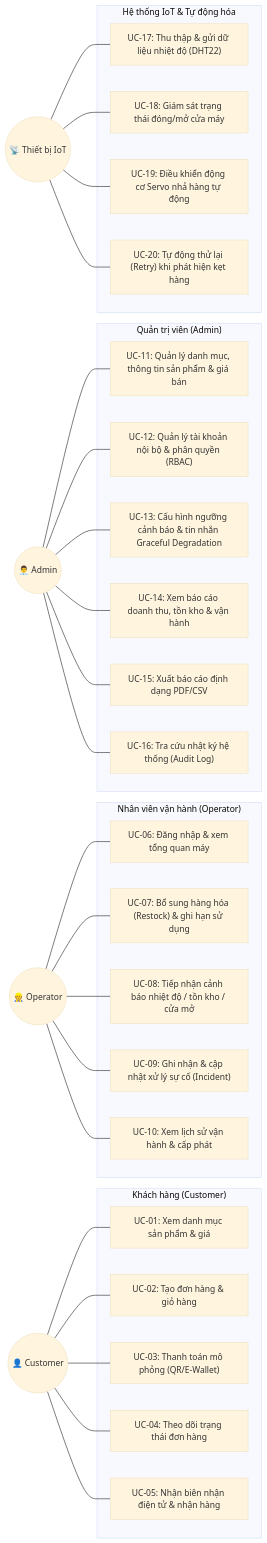
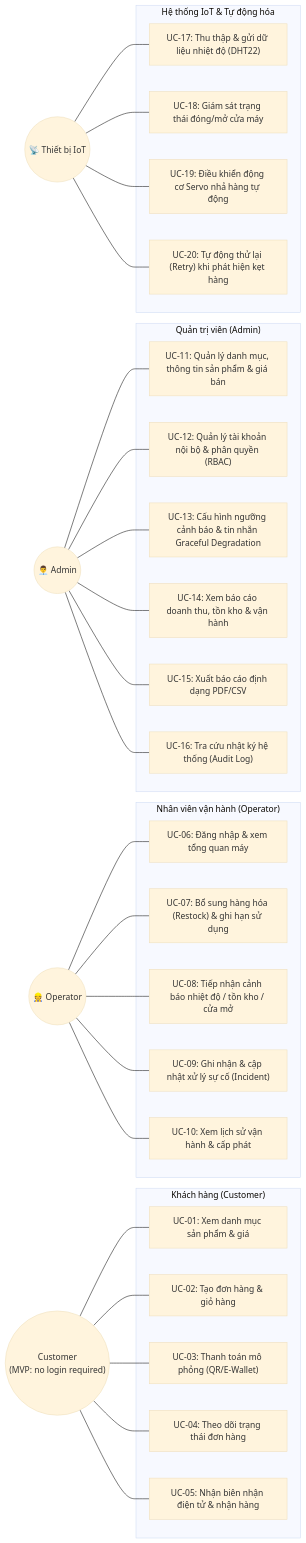
Before and after one commit to nguyenxuanhieu2903/Freshvend-test: the diagram in diagrams/diagram_01_use_case.mmd, drawn with Mermaid (base theme). The commit also changed 92 other files, not shown here.

Commit message:
chore(repo): checkpoint Freshvend diagrams and scaffold

```diff
--- a/diagrams/diagram_01_use_case.mmd
+++ b/diagrams/diagram_01_use_case.mmd
@@ -1,61 +1,61 @@
 flowchart LR
-    Customer(("👤 Customer"))
+    Customer(("Customer<br/>(MVP: no login required)"))
     Operator(("👷 Operator"))
     Admin(("👨‍💼 Admin"))
     IoT(("📡 Thiết bị IoT"))
 
     subgraph UC_Customer["Khách hàng (Customer)"]
         UC1["UC-01: Xem danh mục sản phẩm & giá"]
         UC2["UC-02: Tạo đơn hàng & giỏ hàng"]
         UC3["UC-03: Thanh toán mô phỏng (QR/E-Wallet)"]
         UC4["UC-04: Theo dõi trạng thái đơn hàng"]
         UC5["UC-05: Nhận biên nhận điện tử & nhận hàng"]
     end
 
     subgraph UC_Operator["Nhân viên vận hành (Operator)"]
         UC6["UC-06: Đăng nhập & xem tổng quan máy"]
         UC7["UC-07: Bổ sung hàng hóa (Restock) & ghi hạn sử dụng"]
         UC8["UC-08: Tiếp nhận cảnh báo nhiệt độ / tồn kho / cửa mở"]
         UC9["UC-09: Ghi nhận & cập nhật xử lý sự cố (Incident)"]
         UC10["UC-10: Xem lịch sử vận hành & cấp phát"]
     end
 
     subgraph UC_Admin["Quản trị viên (Admin)"]
         UC11["UC-11: Quản lý danh mục, thông tin sản phẩm & giá bán"]
         UC12["UC-12: Quản lý tài khoản nội bộ & phân quyền (RBAC)"]
         UC13["UC-13: Cấu hình ngưỡng cảnh báo & tin nhắn Graceful Degradation"]
         UC14["UC-14: Xem báo cáo doanh thu, tồn kho & vận hành"]
         UC15["UC-15: Xuất báo cáo định dạng PDF/CSV"]
         UC16["UC-16: Tra cứu nhật ký hệ thống (Audit Log)"]
     end
 
     subgraph UC_IoT["Hệ thống IoT & Tự động hóa"]
         UC17["UC-17: Thu thập & gửi dữ liệu nhiệt độ (DHT22)"]
         UC18["UC-18: Giám sát trạng thái đóng/mở cửa máy"]
         UC19["UC-19: Điều khiển động cơ Servo nhả hàng tự động"]
         UC20["UC-20: Tự động thử lại (Retry) khi phát hiện kẹt hàng"]
     end
 
     Customer --- UC1
     Customer --- UC2
     Customer --- UC3
     Customer --- UC4
     Customer --- UC5
 
     Operator --- UC6
     Operator --- UC7
     Operator --- UC8
     Operator --- UC9
     Operator --- UC10
 
     Admin --- UC11
     Admin --- UC12
     Admin --- UC13
     Admin --- UC14
     Admin --- UC15
     Admin --- UC16
 
     IoT --- UC17
     IoT --- UC18
     IoT --- UC19
     IoT --- UC20
```
